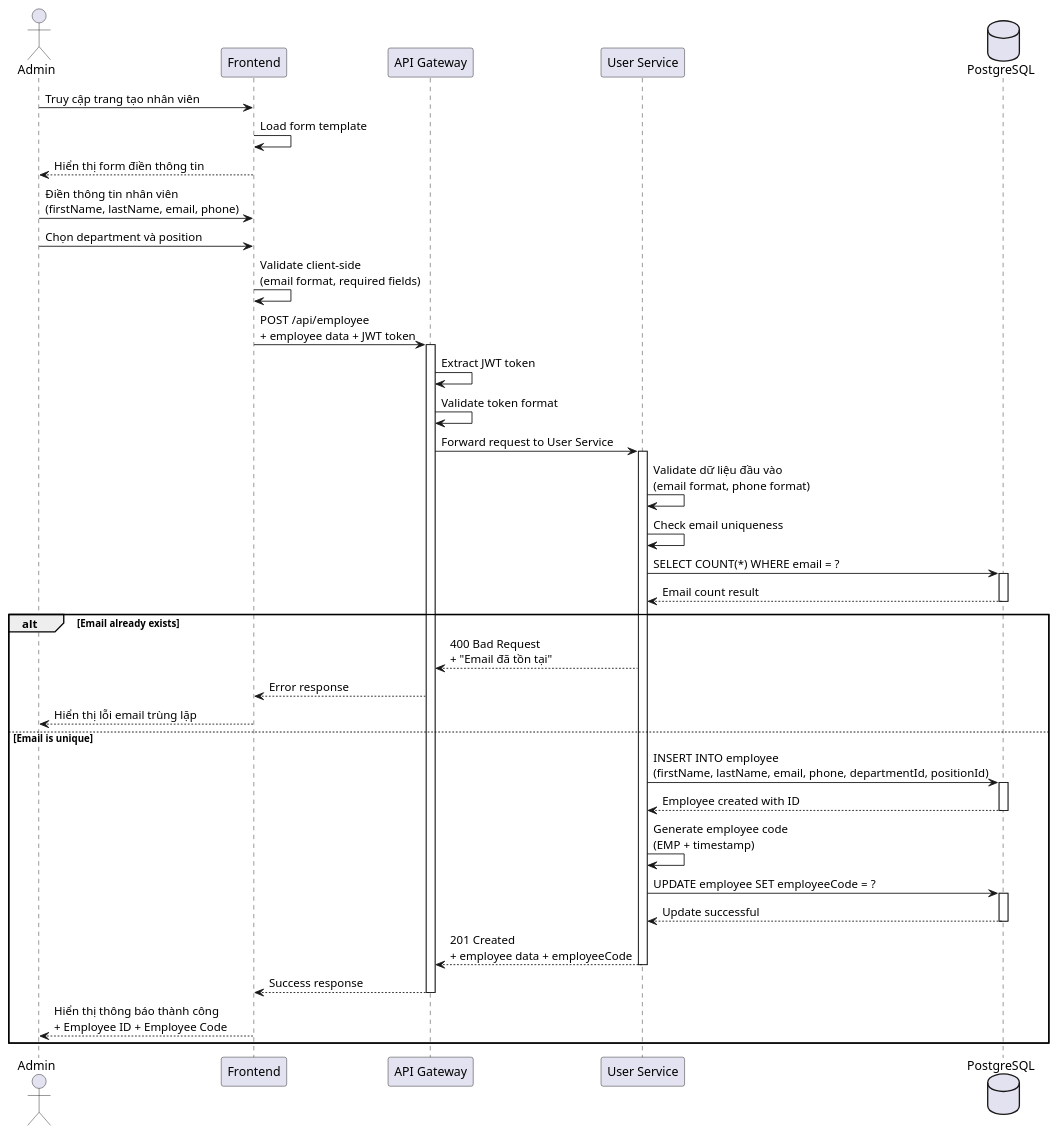
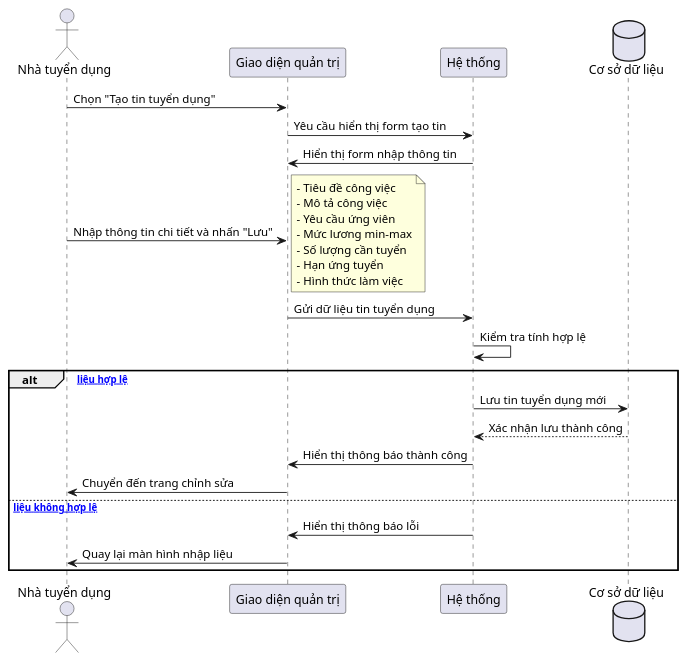
One commit to felix-253/TechLeet-server changed the diagram in sequence/UC-02/UC-02-simple-sequence.wsd. Above: the diagram before and after it, drawn with PlantUML. The commit also changed 30 other files, not shown here.

```diff
--- a/sequence/UC-02/UC-02-simple-sequence.wsd
+++ b/sequence/UC-02/UC-02-simple-sequence.wsd
@@ -1,56 +1,36 @@
-@startuml UC-02: Quản lý hồ sơ nhân viên
+@startuml UC-02: Tạo tin tuyển dụng thủ công
 
-actor "Admin" as Admin
-participant "Frontend" as FE
-participant "API Gateway" as GW
-participant "User Service" as US
-database "PostgreSQL" as DB
+actor "Nhà tuyển dụng" as HM
+participant "Giao diện quản trị" as FE
+participant "Hệ thống" as System
+database "Cơ sở dữ liệu" as DB
 
-Admin -> FE: Truy cập trang tạo nhân viên
-FE -> FE: Load form template
-FE --> Admin: Hiển thị form điền thông tin
+HM -> FE: Chọn "Tạo tin tuyển dụng"
+FE -> System: Yêu cầu hiển thị form tạo tin
+System -> FE: Hiển thị form nhập thông tin
 
-Admin -> FE: Điền thông tin nhân viên\n(firstName, lastName, email, phone)
-Admin -> FE: Chọn department và position
-FE -> FE: Validate client-side\n(email format, required fields)
-FE -> GW: POST /api/employee\n+ employee data + JWT token
-activate GW
+HM -> FE: Nhập thông tin chi tiết và nhấn "Lưu"
+note right
+  - Tiêu đề công việc
+  - Mô tả công việc
+  - Yêu cầu ứng viên
+  - Mức lương min-max
+  - Số lượng cần tuyển
+  - Hạn ứng tuyển
+  - Hình thức làm việc
+end note
 
-GW -> GW: Extract JWT token
-GW -> GW: Validate token format
-GW -> US: Forward request to User Service
-activate US
+FE -> System: Gửi dữ liệu tin tuyển dụng
+System -> System: Kiểm tra tính hợp lệ
 
-US -> US: Validate dữ liệu đầu vào\n(email format, phone format)
-US -> US: Check email uniqueness
-US -> DB: SELECT COUNT(*) WHERE email = ?
-activate DB
-DB --> US: Email count result
-deactivate DB
-
-alt Email already exists
-    US --> GW: 400 Bad Request\n+ "Email đã tồn tại"
-    GW --> FE: Error response
-    FE --> Admin: Hiển thị lỗi email trùng lặp
-else Email is unique
-    US -> DB: INSERT INTO employee\n(firstName, lastName, email, phone, departmentId, positionId)
-    activate DB
-    DB --> US: Employee created with ID
-    deactivate DB
-    
-    US -> US: Generate employee code\n(EMP + timestamp)
-    US -> DB: UPDATE employee SET employeeCode = ?
-    activate DB
-    DB --> US: Update successful
-    deactivate DB
-    
-    US --> GW: 201 Created\n+ employee data + employeeCode
-    deactivate US
-    
-    GW --> FE: Success response
-    deactivate GW
-    
-    FE --> Admin: Hiển thị thông báo thành công\n+ Employee ID + Employee Code
+alt [Dữ liệu hợp lệ]
+    System -> DB: Lưu tin tuyển dụng mới
+    DB --> System: Xác nhận lưu thành công
+    System -> FE: Hiển thị thông báo thành công
+    FE -> HM: Chuyển đến trang chỉnh sửa
+else [Dữ liệu không hợp lệ]
+    System -> FE: Hiển thị thông báo lỗi
+    FE -> HM: Quay lại màn hình nhập liệu
 end
 
 @enduml
```
